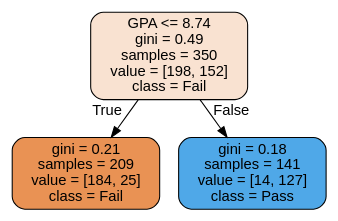
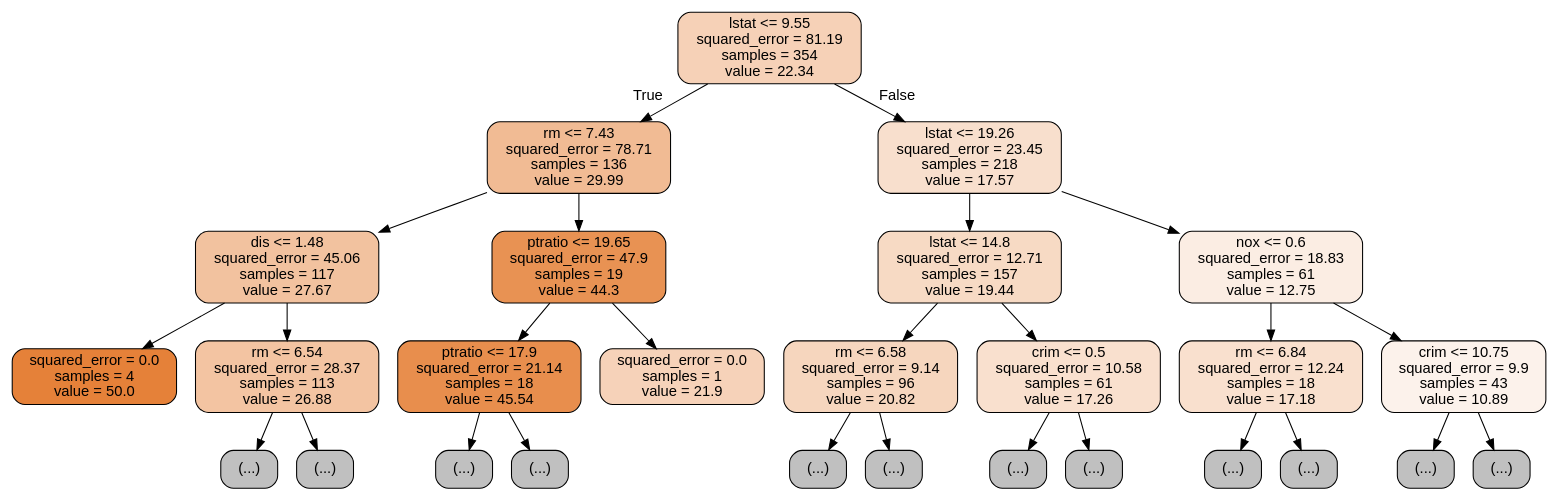
Before and after one commit to ssoong12/KT_aivle_school_AI_track: the diagram in 07. 머신러닝/배우기/tree.dot, drawn with Graphviz. The commit also changed 2 other files, not shown here.

```diff
--- a/07. 머신러닝/배우기/tree.dot
+++ b/07. 머신러닝/배우기/tree.dot
@@ -1,9 +1,57 @@
 digraph Tree {
 node [shape=box, style="filled, rounded", color="black", fontname="helvetica"] ;
 edge [fontname="helvetica"] ;
-0 [label="GPA <= 8.74\ngini = 0.49\nsamples = 350\nvalue = [198, 152]\nclass = Fail", fillcolor="#f9e2d1"] ;
-1 [label="gini = 0.21\nsamples = 209\nvalue = [184, 25]\nclass = Fail", fillcolor="#e99254"] ;
+0 [label="lstat <= 9.55\nsquared_error = 81.19\nsamples = 354\nvalue = 22.34", fillcolor="#f6d1b7"] ;
+1 [label="rm <= 7.43\nsquared_error = 78.71\nsamples = 136\nvalue = 29.99", fillcolor="#f1bb94"] ;
 0 -> 1 [labeldistance=2.5, labelangle=45, headlabel="True"] ;
-2 [label="gini = 0.18\nsamples = 141\nvalue = [14, 127]\nclass = Pass", fillcolor="#4fa8e8"] ;
-0 -> 2 [labeldistance=2.5, labelangle=-45, headlabel="False"] ;
+2 [label="dis <= 1.48\nsquared_error = 45.06\nsamples = 117\nvalue = 27.67", fillcolor="#f2c29f"] ;
+1 -> 2 ;
+3 [label="squared_error = 0.0\nsamples = 4\nvalue = 50.0", fillcolor="#e58139"] ;
+2 -> 3 ;
+4 [label="rm <= 6.54\nsquared_error = 28.37\nsamples = 113\nvalue = 26.88", fillcolor="#f3c4a2"] ;
+2 -> 4 ;
+5 [label="(...)", fillcolor="#C0C0C0"] ;
+4 -> 5 ;
+12 [label="(...)", fillcolor="#C0C0C0"] ;
+4 -> 12 ;
+19 [label="ptratio <= 19.65\nsquared_error = 47.9\nsamples = 19\nvalue = 44.3", fillcolor="#e89253"] ;
+1 -> 19 ;
+20 [label="ptratio <= 17.9\nsquared_error = 21.14\nsamples = 18\nvalue = 45.54", fillcolor="#e88e4d"] ;
+19 -> 20 ;
+21 [label="(...)", fillcolor="#C0C0C0"] ;
+20 -> 21 ;
+28 [label="(...)", fillcolor="#C0C0C0"] ;
+20 -> 28 ;
+35 [label="squared_error = 0.0\nsamples = 1\nvalue = 21.9", fillcolor="#f6d2b9"] ;
+19 -> 35 ;
+36 [label="lstat <= 19.26\nsquared_error = 23.45\nsamples = 218\nvalue = 17.57", fillcolor="#f8dfcd"] ;
+0 -> 36 [labeldistance=2.5, labelangle=-45, headlabel="False"] ;
+37 [label="lstat <= 14.8\nsquared_error = 12.71\nsamples = 157\nvalue = 19.44", fillcolor="#f7dac4"] ;
+36 -> 37 ;
+38 [label="rm <= 6.58\nsquared_error = 9.14\nsamples = 96\nvalue = 20.82", fillcolor="#f6d6be"] ;
+37 -> 38 ;
+39 [label="(...)", fillcolor="#C0C0C0"] ;
+38 -> 39 ;
+46 [label="(...)", fillcolor="#C0C0C0"] ;
+38 -> 46 ;
+51 [label="crim <= 0.5\nsquared_error = 10.58\nsamples = 61\nvalue = 17.26", fillcolor="#f9e0ce"] ;
+37 -> 51 ;
+52 [label="(...)", fillcolor="#C0C0C0"] ;
+51 -> 52 ;
+57 [label="(...)", fillcolor="#C0C0C0"] ;
+51 -> 57 ;
+62 [label="nox <= 0.6\nsquared_error = 18.83\nsamples = 61\nvalue = 12.75", fillcolor="#fbede3"] ;
+36 -> 62 ;
+63 [label="rm <= 6.84\nsquared_error = 12.24\nsamples = 18\nvalue = 17.18", fillcolor="#f9e0ce"] ;
+62 -> 63 ;
+64 [label="(...)", fillcolor="#C0C0C0"] ;
+63 -> 64 ;
+71 [label="(...)", fillcolor="#C0C0C0"] ;
+63 -> 71 ;
+72 [label="crim <= 10.75\nsquared_error = 9.9\nsamples = 43\nvalue = 10.89", fillcolor="#fcf2eb"] ;
+62 -> 72 ;
+73 [label="(...)", fillcolor="#C0C0C0"] ;
+72 -> 73 ;
+78 [label="(...)", fillcolor="#C0C0C0"] ;
+72 -> 78 ;
 }
```
